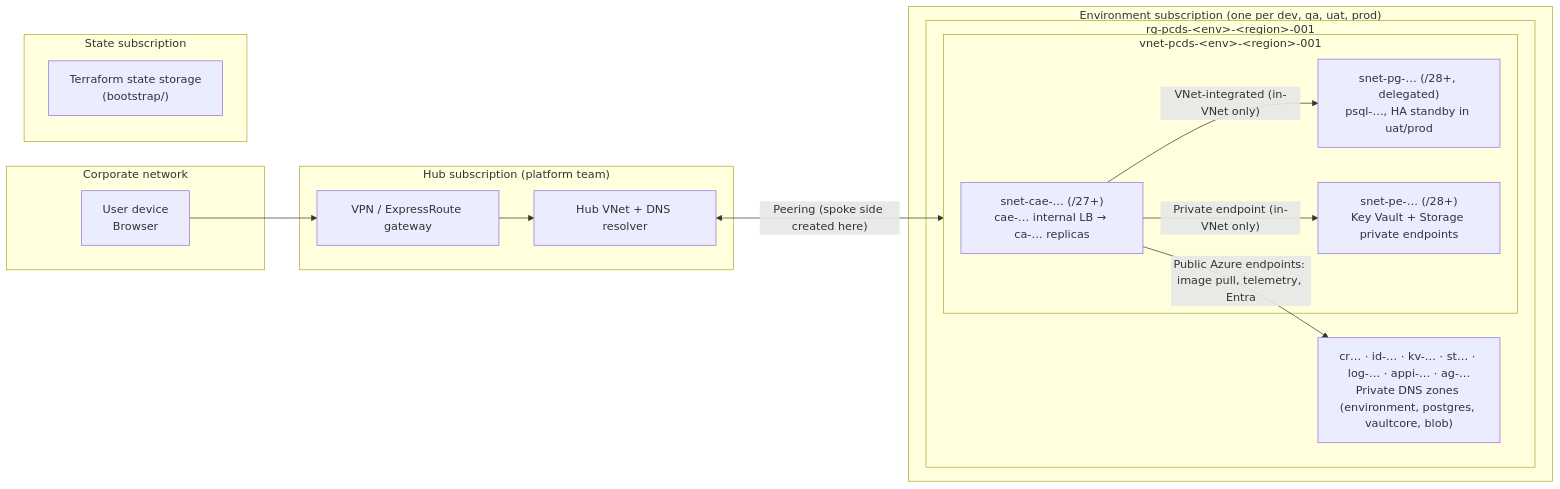
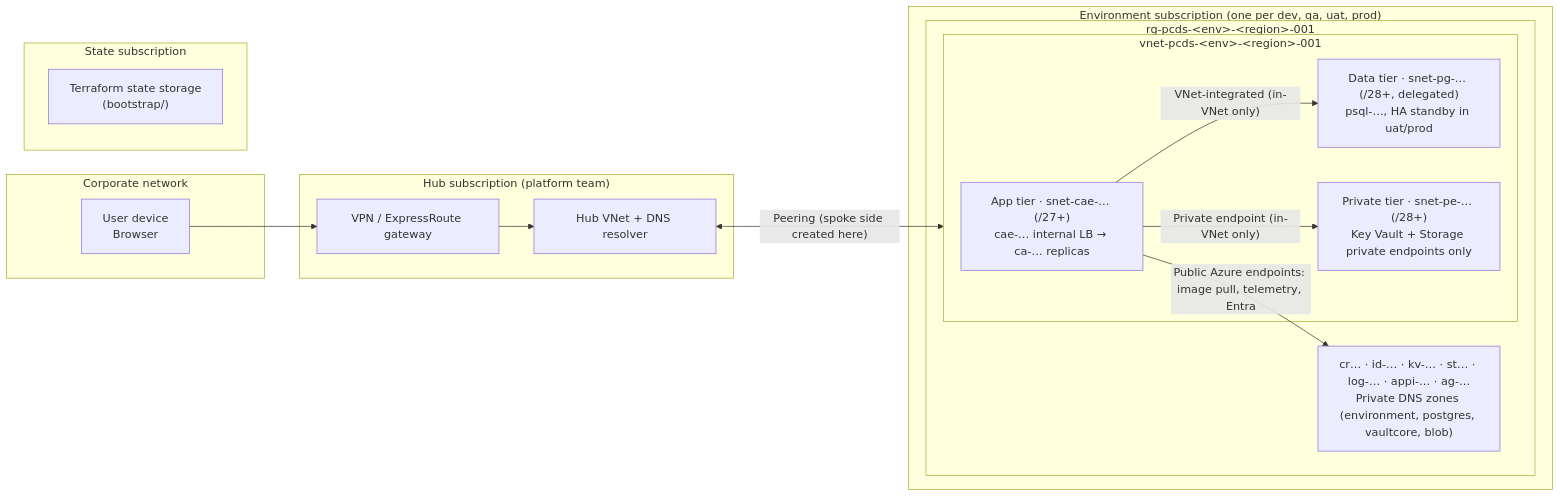
Before and after one commit to jaimecanicula-apex/Software-Architecture: the seventh of 7 diagrams in infrastructure/privately-accessible-container-app-with-database-and-storage/ARCHITECTURE.md, drawn with Mermaid. The commit also changed other lines of this file and 2 other files, not shown here.

First line of the commit message:
docs: label the network as explicit three-tier (app / data / private)

````diff
--- a/infrastructure/privately-accessible-container-app-with-database-and-storage/ARCHITECTURE.md
+++ b/infrastructure/privately-accessible-container-app-with-database-and-storage/ARCHITECTURE.md
@@ -325,32 +325,32 @@
 ```mermaid
 flowchart LR
     subgraph Corp["Corporate network"]
         Laptop["User device<br/>Browser"]
     end
 
     subgraph HubSub["Hub subscription (platform team)"]
         GW["VPN / ExpressRoute gateway"]
         HubVNet["Hub VNet + DNS resolver"]
     end
 
     subgraph EnvSub["Environment subscription (one per dev, qa, uat, prod)"]
         subgraph RG2["rg-pcds-&lt;env&gt;-&lt;region&gt;-001"]
             subgraph Spoke["vnet-pcds-&lt;env&gt;-&lt;region&gt;-001"]
-                CAESub["snet-cae-… (/27+)<br/>cae-… internal LB → ca-… replicas"]
-                PGSub["snet-pg-… (/28+, delegated)<br/>psql-…, HA standby in uat/prod"]
-                PESub["snet-pe-… (/28+)<br/>Key Vault + Storage private endpoints"]
+                CAESub["App tier · snet-cae-… (/27+)<br/>cae-… internal LB → ca-… replicas"]
+                PGSub["Data tier · snet-pg-… (/28+, delegated)<br/>psql-…, HA standby in uat/prod"]
+                PESub["Private tier · snet-pe-… (/28+)<br/>Key Vault + Storage private endpoints only"]
             end
             PaaS["cr… · id-… · kv-… · st… · log-… · appi-… · ag-…<br/>Private DNS zones (environment, postgres, vaultcore, blob)"]
         end
     end
 
     subgraph StateSub["State subscription"]
         State["Terraform state storage<br/>(bootstrap/)"]
     end
 
     Laptop --> GW --> HubVNet
     HubVNet <-->|"Peering (spoke side created here)"| Spoke
     CAESub -->|"Public Azure endpoints: image pull, telemetry, Entra"| PaaS
     CAESub -->|"Private endpoint (in-VNet only)"| PESub
     CAESub -->|"VNet-integrated (in-VNet only)"| PGSub
 ```
````
